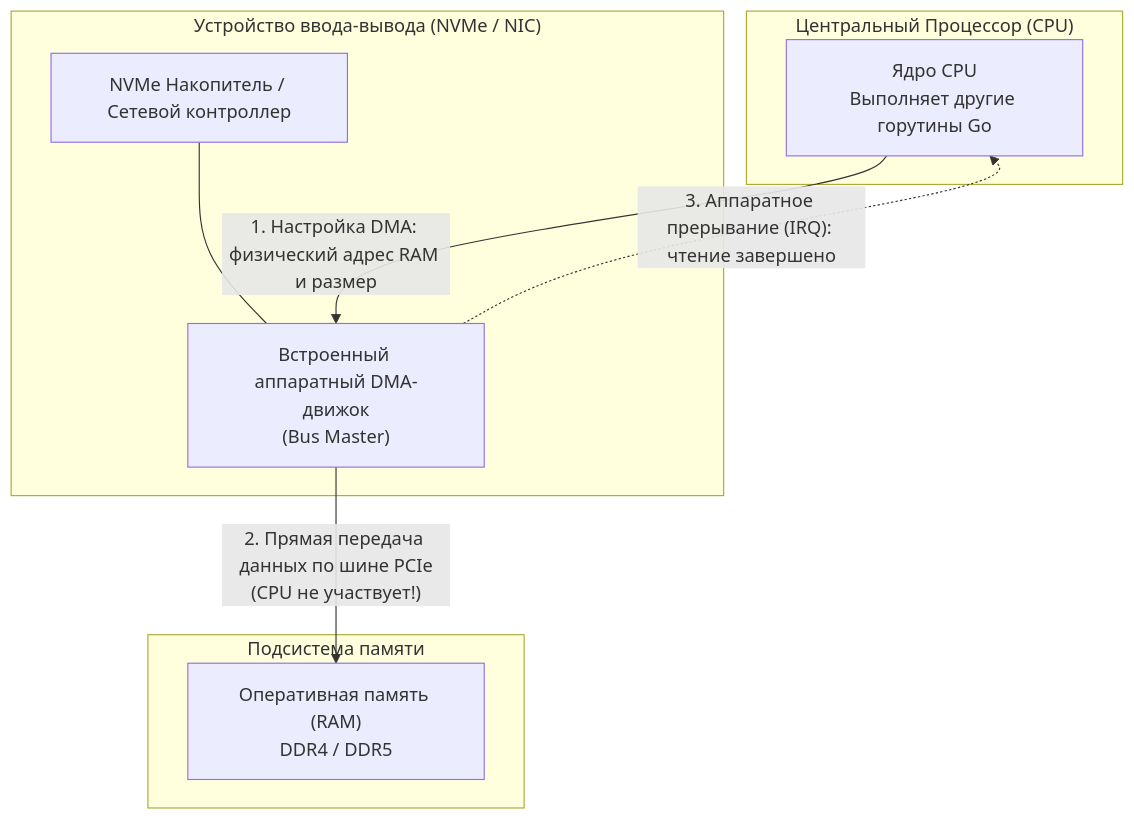
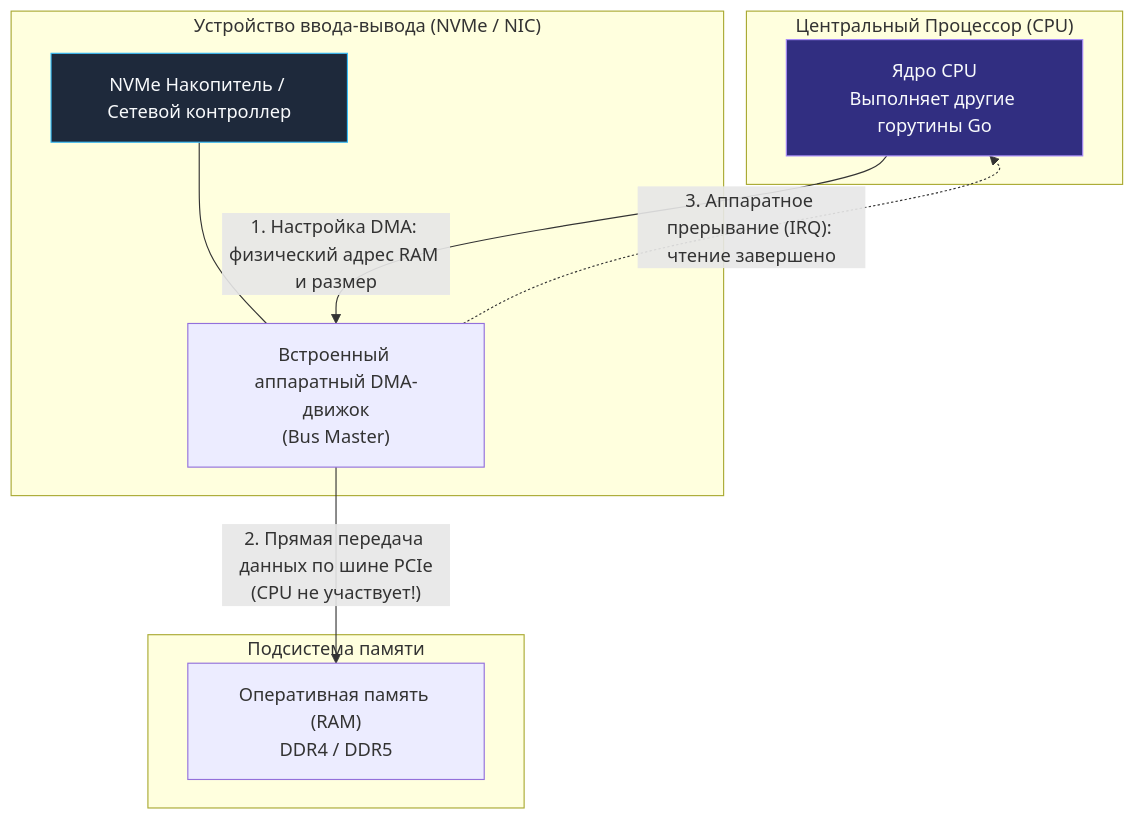
One commit to UnrealTemplier/go-textbook changed the diagram in sources/1. Архитектура компьютера/35. IO подсистема. Шины, Контроллеры и DMA.md. Above: the diagram before and after it, drawn with Mermaid. The commit also changed 1666 other files, not shown here.

First line of the commit message:
feat(mermaid): add semantic color classDef to 1369 colorless flowchart/graph diagrams

````diff
--- a/sources/1. Архитектура компьютера/35. IO подсистема. Шины, Контроллеры и DMA.md
+++ b/sources/1. Архитектура компьютера/35. IO подсистема. Шины, Контроллеры и DMA.md
@@ -69,20 +69,30 @@
 ```mermaid
 flowchart TD
+    classDef process  fill:#1e293b,stroke:#38bdf8,stroke-width:1px,color:#f8fafc
+    classDef success  fill:#064e3b,stroke:#34d399,stroke-width:1px,color:#f8fafc
+    classDef error    fill:#7f1d1d,stroke:#f87171,stroke-width:1px,color:#f8fafc
+    classDef warning  fill:#78350f,stroke:#fbbf24,stroke-width:1px,color:#f8fafc
+    classDef entry    fill:#1e3a5f,stroke:#38bdf8,stroke-width:2px,color:#f8fafc
+    classDef aux      fill:#334155,stroke:#64748b,stroke-width:1px,color:#f8fafc
+    classDef system   fill:#312e81,stroke:#a78bfa,stroke-width:1px,color:#f8fafc
+    classDef data     fill:#132d29,stroke:#2dd4bf,stroke-width:1px,color:#f8fafc
+    classDef network  fill:#881337,stroke:#fb7185,stroke-width:1px,color:#f8fafc
+    classDef accent   fill:#1e1b4b,stroke:#818cf8,stroke-width:1px,color:#f8fafc
     subgraph CPU_Block ["Центральный Процессор (CPU)"]
-        CPU["Ядро CPU<br>Выполняет другие горутины Go"]
+        CPU["Ядро CPU<br>Выполняет другие горутины Go"]:::system
     end
     
     subgraph Memory_Block ["Подсистема памяти"]
         RAM["Оперативная память (RAM)<br>DDR4 / DDR5"]
     end
     
     subgraph IO_Block ["Устройство ввода-вывода (NVMe / NIC)"]
-        DISK["NVMe Накопитель / Сетевой контроллер"]
+        DISK["NVMe Накопитель / Сетевой контроллер"]:::process
         DMA["Встроенный аппаратный DMA-движок<br>(Bus Master)"]
         DISK --- DMA
     end
     
     CPU -->|"1. Настройка DMA: физический адрес RAM и размер"| DMA
     DMA -->|"2. Прямая передача данных по шине PCIe<br>(CPU не участвует!)"| RAM
     DMA -.->|"3. Аппаратное прерывание (IRQ): чтение завершено"| CPU
 ```
````
